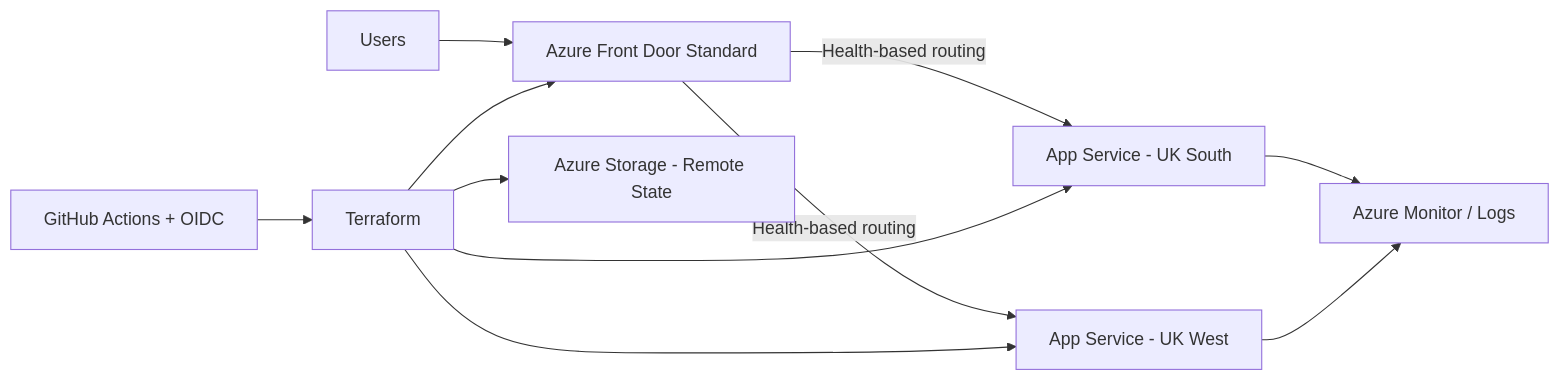
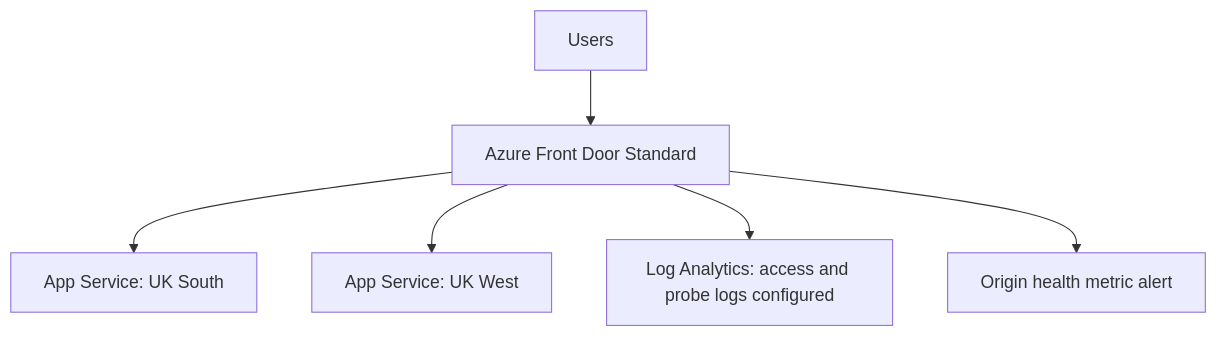
The diagram in README.md (olumideakinseye77-glitch/azure-multi-region-platform), drawn with Mermaid before and after one commit. The commit also changed other lines of this file, not shown here.

Commit message:
Document verified CI, OIDC, monitoring and recovery evidence

````diff
--- a/README.md
+++ b/README.md
@@ -13,22 +11,8 @@
 ```mermaid
-flowchart LR
-    USER[Users]
-    AFD[Azure Front Door Standard]
-    SOUTH[App Service - UK South]
-    WEST[App Service - UK West]
-    MON[Azure Monitor / Logs]
-    TF[Terraform]
-    STATE[Azure Storage - Remote State]
-    GH[GitHub Actions + OIDC]
-
-    USER --> AFD
-    AFD -->|Health-based routing| SOUTH
-    AFD -->|Health-based routing| WEST
-    SOUTH --> MON
-    WEST --> MON
-    GH --> TF
-    TF --> STATE
-    TF --> AFD
-    TF --> SOUTH
-    TF --> WEST
+flowchart TD
+    USER["Users"] --> AFD["Azure Front Door Standard"]
+    AFD --> SOUTH["App Service: UK South"]
+    AFD --> WEST["App Service: UK West"]
+    AFD --> LOG["Log Analytics: access and probe logs configured"]
+    AFD --> ALERT["Origin health metric alert"]
 ```
````
